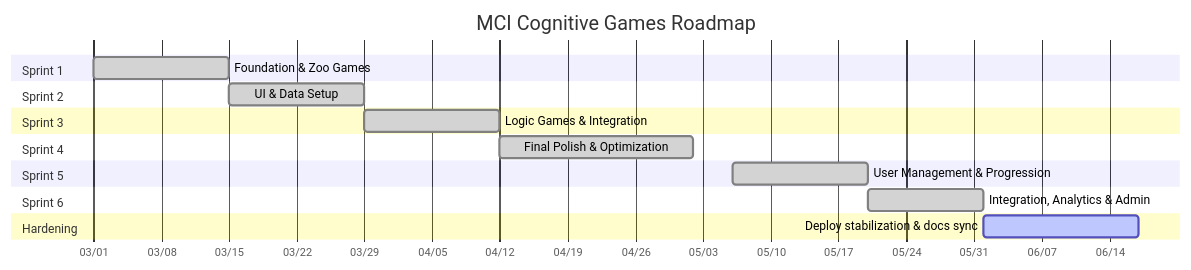
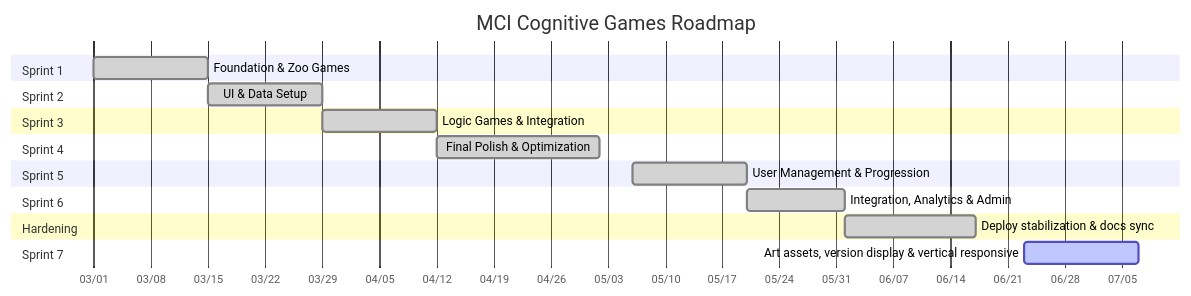
Before and after one commit to ChayutChanmueang/mci-cognitive-game-hub-dev-deploy: the diagram in docs/agile/02-sprint-planning.md, drawn with Mermaid. The commit also changed other lines of this file and 11 other files, not shown here.

````diff
--- a/docs/agile/02-sprint-planning.md
+++ b/docs/agile/02-sprint-planning.md
@@ -20,20 +21,22 @@
 ```mermaid
 gantt
     title MCI Cognitive Games Roadmap
     dateFormat  YYYY-MM-DD
     axisFormat  %m/%d
     section Sprint 1
     Foundation & Zoo Games :done, s1, 2026-03-01, 14d
     section Sprint 2
     UI & Data Setup        :done, s2, 2026-03-15, 14d
     section Sprint 3
     Logic Games & Integration :done, s3, 2026-03-29, 14d
     section Sprint 4
     Final Polish & Optimization :done, s4, 2026-04-12, 20d
     section Sprint 5
     User Management & Progression :done, s5, 2026-05-06, 14d
     section Sprint 6
     Integration, Analytics & Admin :done, s6, 2026-05-20, 12d
     section Hardening
-    Deploy stabilization & docs sync :active, harden, 2026-06-01, 16d
+    Deploy stabilization & docs sync :done, harden, 2026-06-01, 16d
+    section Sprint 7
+    Art assets, version display & vertical responsive :active, s7, 2026-06-23, 14d
 ```
````
